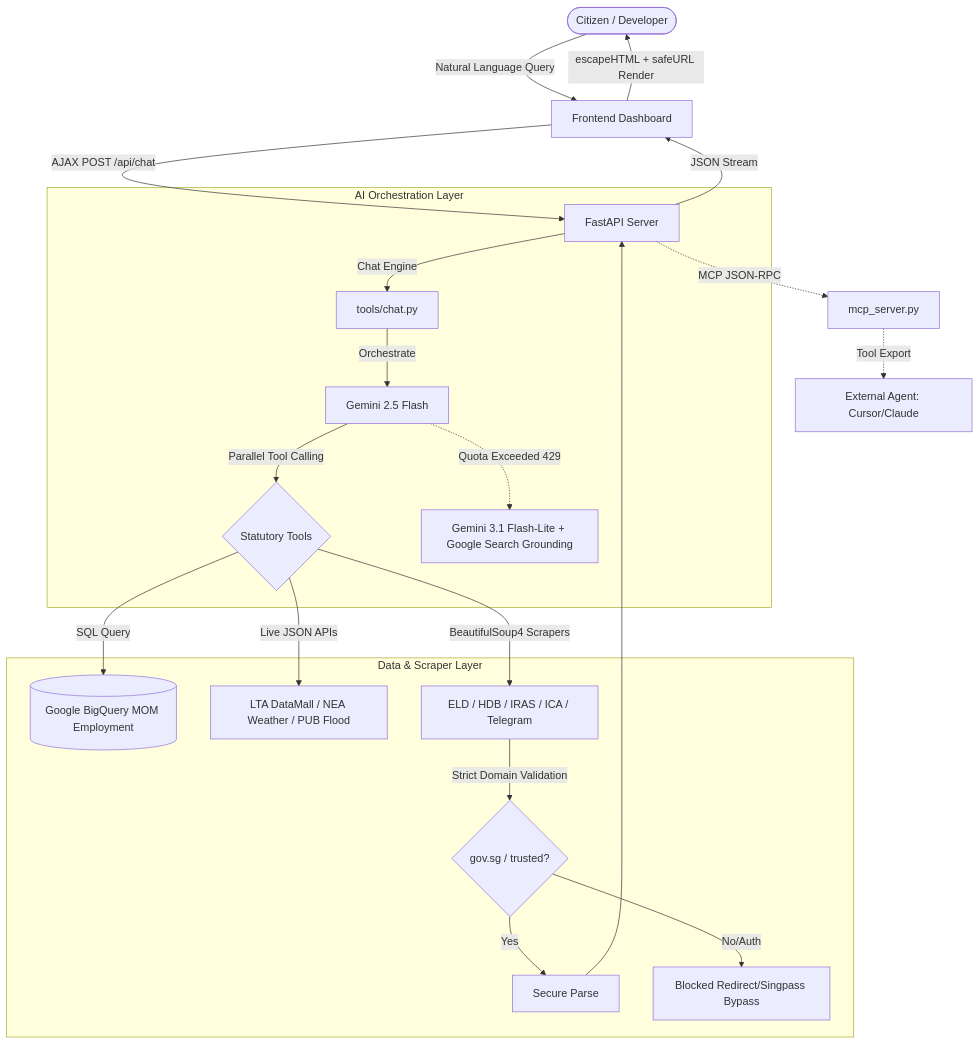
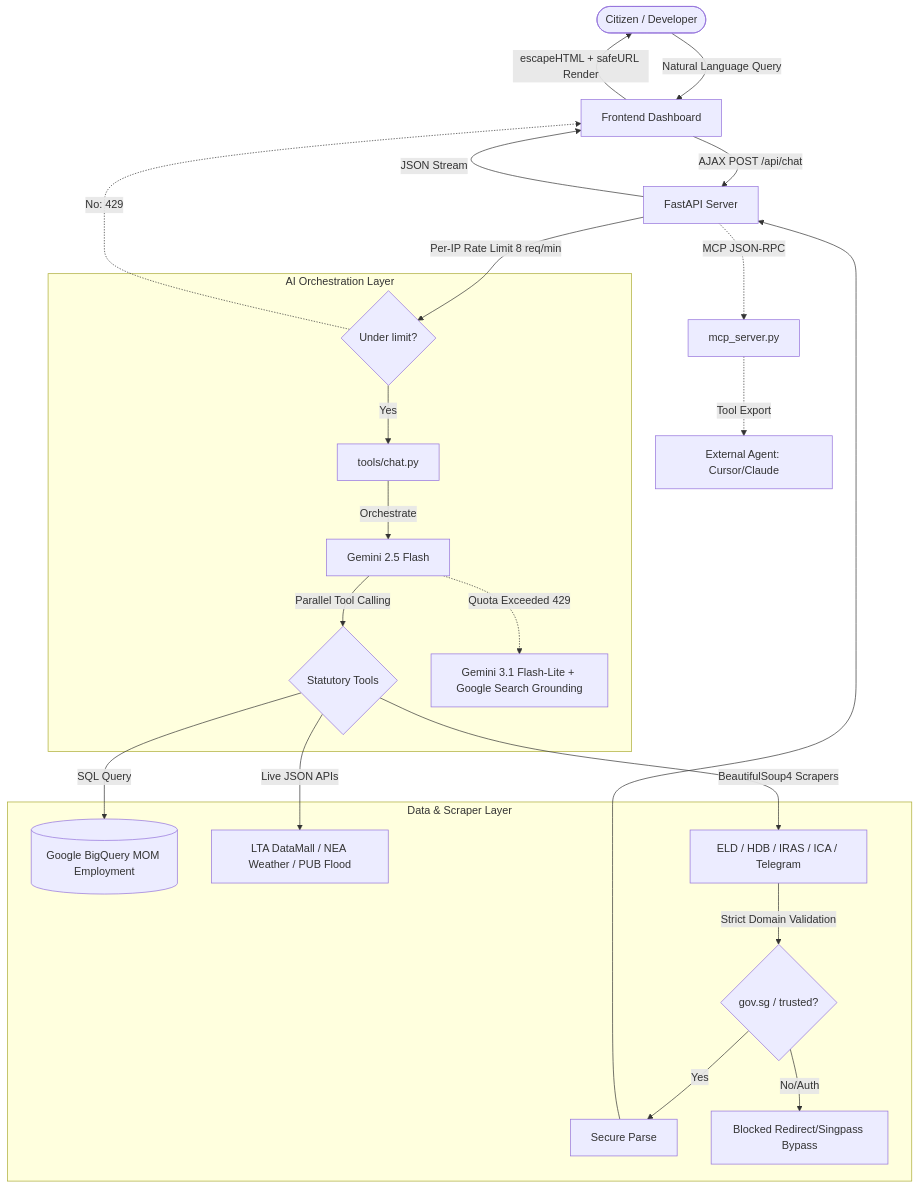
One commit to leshweyeewin/merlion-os changed the diagram in README.md. Above: the diagram before and after it, drawn with Mermaid.

Commit message:
feat: add per-IP rate limiting visualization to system architecture diagram

````diff
--- a/README.md
+++ b/README.md
@@ -28,27 +28,29 @@
 ```mermaid
 graph TD
     User([Citizen / Developer]) -->|Natural Language Query| UI[Frontend Dashboard]
     UI -->|AJAX POST /api/chat| Server[FastAPI Server]
-    
+    Server -->|Per-IP Rate Limit 8 req/min| RateLimit{Under limit?}
+    RateLimit -.->|No: 429| UI
+
     subgraph AI Orchestration Layer
-        Server -->|Chat Engine| Chat[tools/chat.py]
+        RateLimit -->|Yes| Chat[tools/chat.py]
         Chat -->|Orchestrate| Gemini[Gemini 2.5 Flash]
         Gemini -->|Parallel Tool Calling| Tools{Statutory Tools}
         Gemini -.->|Quota Exceeded 429| Fallback[Gemini 3.1 Flash-Lite + Google Search Grounding]
     end
 
     subgraph Data & Scraper Layer
         Tools -->|SQL Query| BQ[(Google BigQuery MOM Employment)]
         Tools -->|Live JSON APIs| APIS[LTA DataMall / NEA Weather / PUB Flood]
         Tools -->|BeautifulSoup4 Scrapers| Scrapers[ELD / HDB / IRAS / ICA / Telegram]
         Scrapers -->|Strict Domain Validation| Validate{gov.sg / trusted?}
         Validate -->|Yes| Fetch[Secure Parse]
         Validate -->|No/Auth| Block[Blocked Redirect/Singpass Bypass]
     end
 
     Fetch --> Server
     Server -->|JSON Stream| UI
     UI -->|escapeHTML + safeURL Render| User
     Server -.->|MCP JSON-RPC| FastMCP[mcp_server.py]
     FastMCP -.->|Tool Export| Cursor[External Agent: Cursor/Claude]
 ```
````
